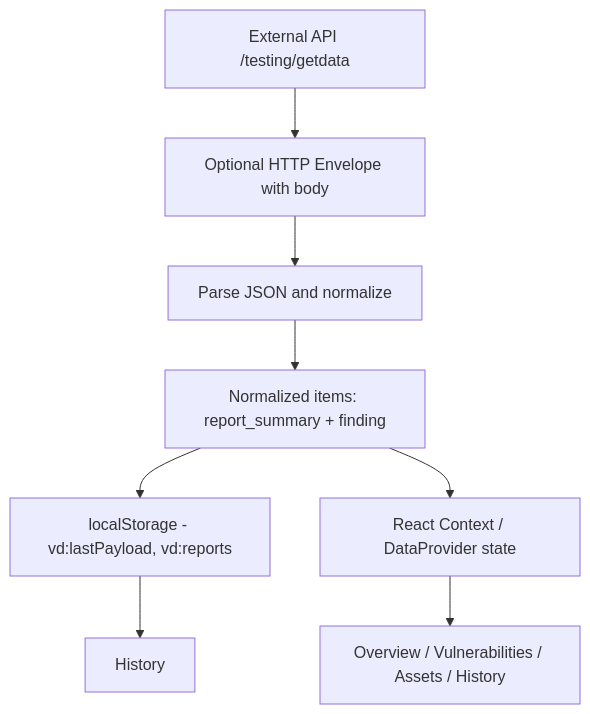
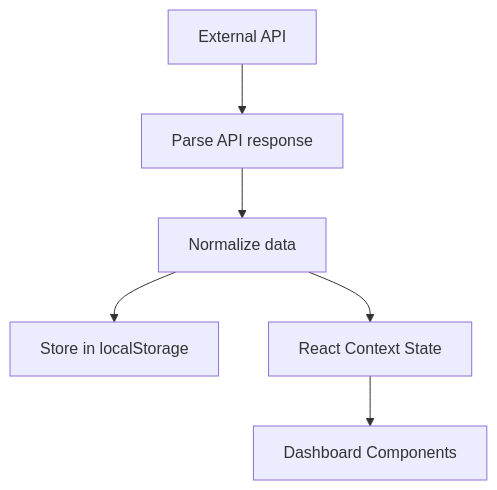
The second of 2 diagrams in README.md (InfraCrawlers/EVAPA-Dashboard), drawn with Mermaid before and after one commit. The commit also changed other lines of this file, not shown here.

````diff
--- a/README.md
+++ b/README.md
@@ -153,17 +152,15 @@
 ```mermaid
 flowchart TD
-  API[External API /testing/getdata]
-  HTTP_ENV[Optional HTTP Envelope with body]
-  PARSE[Parse JSON and normalize]
-  NORM[Normalized items: report_summary + finding]
-  LS[localStorage - vd:lastPayload, vd:reports]
-  CONTEXT[React Context / DataProvider state]
-  UI[Overview / Vulnerabilities / Assets / History]
-  API --> HTTP_ENV
-  HTTP_ENV --> PARSE
-  PARSE --> NORM
-  NORM --> LS
-  NORM --> CONTEXT
+  API[External API]
+  PARSE[Parse API response]
+  NORMALIZE[Normalize data]
+  STORE[Store in localStorage]
+  CONTEXT[React Context State]
+  UI[Dashboard Components]
+
+  API --> PARSE
+  PARSE --> NORMALIZE
+  NORMALIZE --> STORE
+  NORMALIZE --> CONTEXT
   CONTEXT --> UI
-  LS --> History
 ```
````
